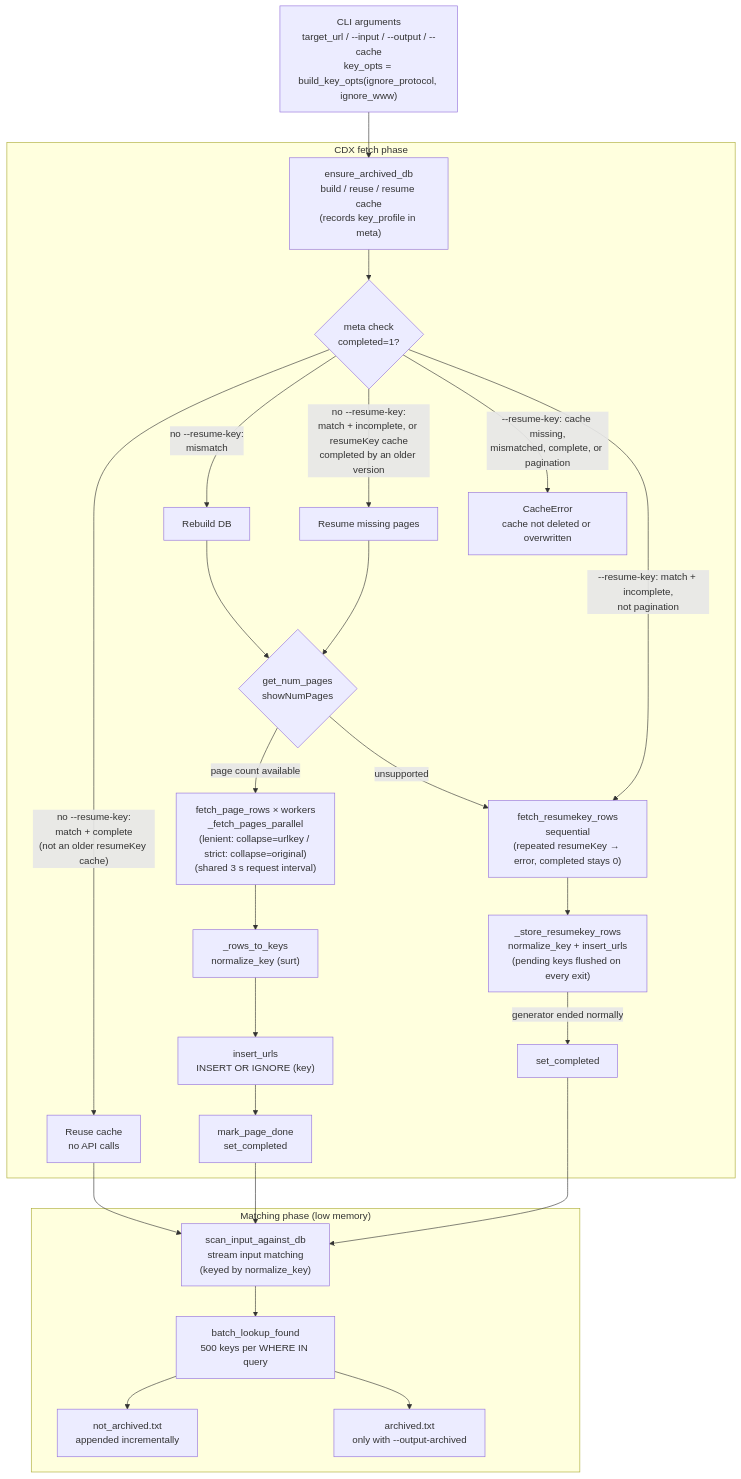
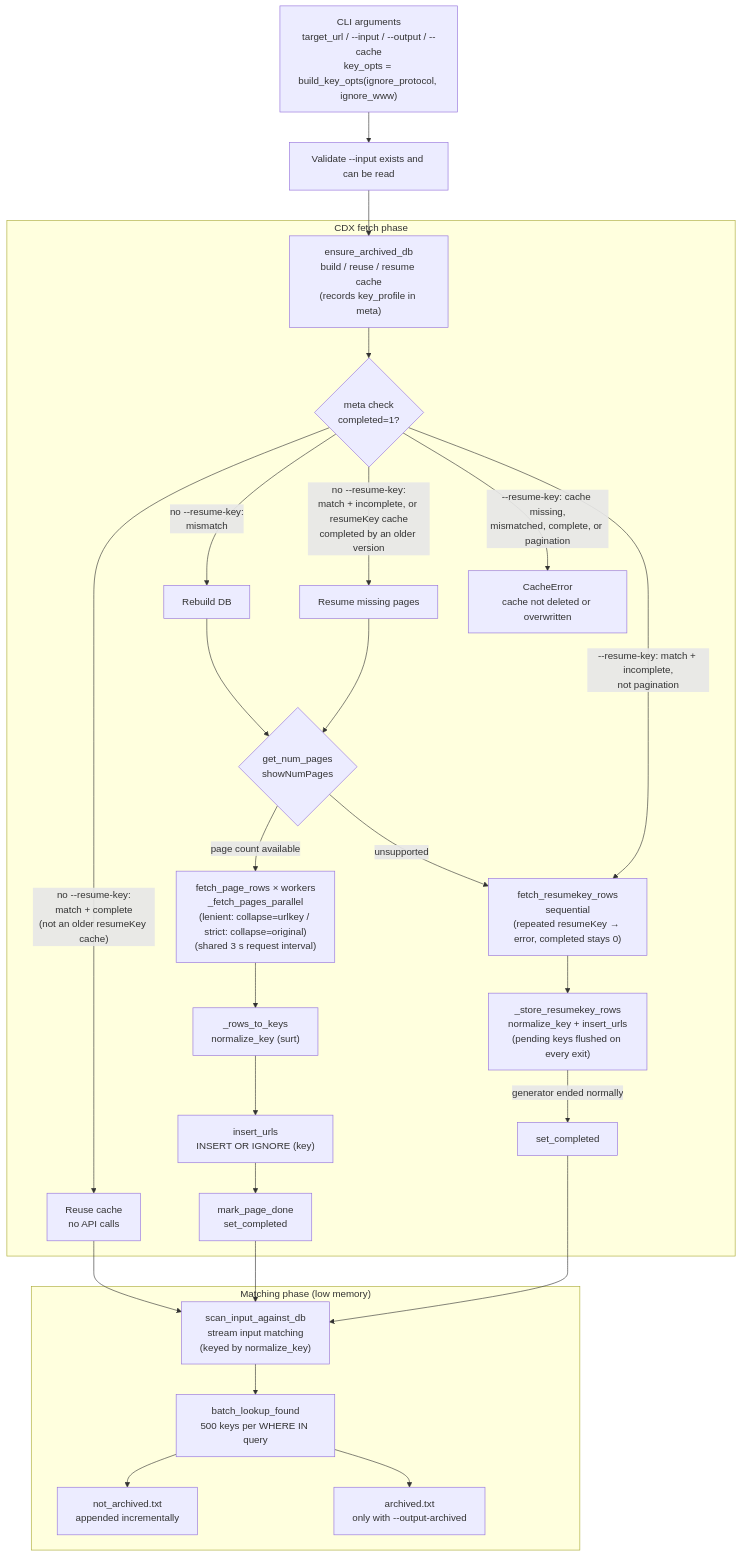
Before and after one commit to abhinavrastogi2627/wayback-gap-detector: the diagram in ARCHITECTURE.md, drawn with Mermaid. The commit also changed other lines of this file and 2 other files, not shown here.

Commit message:
fix: validate input before fetching archived URLs

````diff
--- a/ARCHITECTURE.md
+++ b/ARCHITECTURE.md
@@ -19,32 +19,33 @@
 ```mermaid
 flowchart TD
-    CLI["CLI arguments\ntarget_url / --input / --output / --cache\nkey_opts = build_key_opts(ignore_protocol, ignore_www)"] --> ENSURE["ensure_archived_db\nbuild / reuse / resume cache\n(records key_profile in meta)"]
+    CLI["CLI arguments\ntarget_url / --input / --output / --cache\nkey_opts = build_key_opts(ignore_protocol, ignore_www)"] --> INPUT["Validate --input exists and can be read"]
+    INPUT --> ENSURE["ensure_archived_db\nbuild / reuse / resume cache\n(records key_profile in meta)"]
 
     subgraph FETCH["CDX fetch phase"]
         ENSURE --> META{"meta check\ncompleted=1?"}
         META -- "no --resume-key:\nmatch + complete\n(not an older resumeKey cache)" --> REUSE["Reuse cache\nno API calls"]
         META -- "no --resume-key:\nmismatch" --> REBUILD["Rebuild DB"]
         META -- "no --resume-key:\nmatch + incomplete, or resumeKey cache\ncompleted by an older version" --> RESUME["Resume missing pages"]
         META -- "--resume-key: cache missing,\nmismatched, complete, or pagination" --> REJECT["CacheError\ncache not deleted or overwritten"]
         META -- "--resume-key: match + incomplete,\nnot pagination" --> SEQ
         REBUILD --> NUM{"get_num_pages\nshowNumPages"}
         RESUME --> NUM
         NUM -- "page count available" --> PAR["fetch_page_rows × workers\n_fetch_pages_parallel\n(lenient: collapse=urlkey / strict: collapse=original)\n(shared 3 s request interval)"]
         NUM -- "unsupported" --> SEQ["fetch_resumekey_rows\nsequential\n(repeated resumeKey → error, completed stays 0)"]
         PAR --> NORM["_rows_to_keys\nnormalize_key (surt)"]
         NORM --> INS["insert_urls\nINSERT OR IGNORE (key)"]
         INS --> DONE_PAGES["mark_page_done\nset_completed"]
         SEQ --> STORE["_store_resumekey_rows\nnormalize_key + insert_urls\n(pending keys flushed on every exit)"]
         STORE -- "generator ended normally" --> SEQ_DONE["set_completed"]
     end
 
     REUSE --> SCAN["scan_input_against_db\nstream input matching\n(keyed by normalize_key)"]
     DONE_PAGES --> SCAN
     SEQ_DONE --> SCAN
 
     subgraph CHECK["Matching phase (low memory)"]
         SCAN --> BATCH["batch_lookup_found\n500 keys per WHERE IN query"]
         BATCH --> W1["not_archived.txt\nappended incrementally"]
         BATCH --> W2["archived.txt\nonly with --output-archived"]
     end
 ```
````
